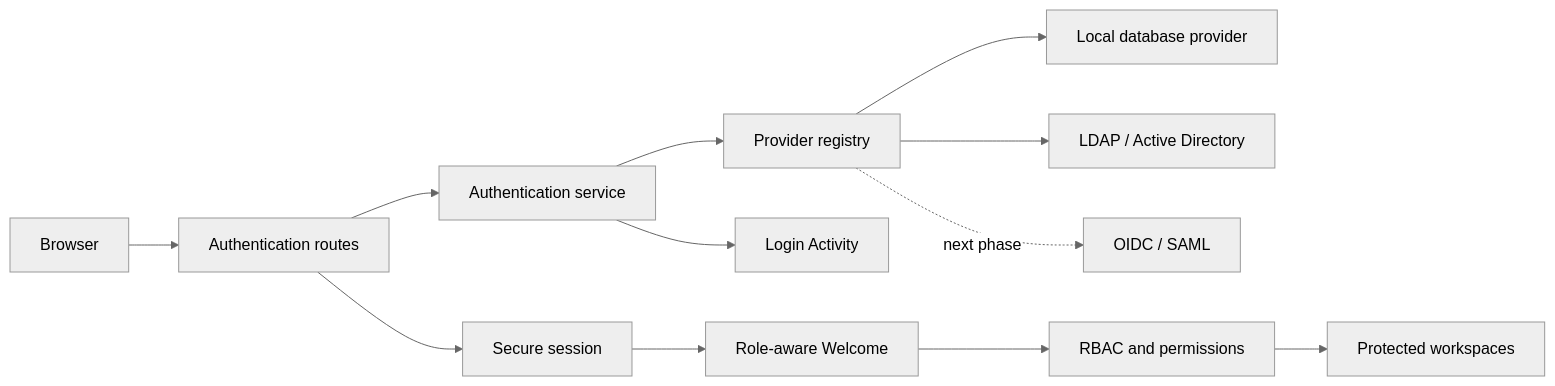
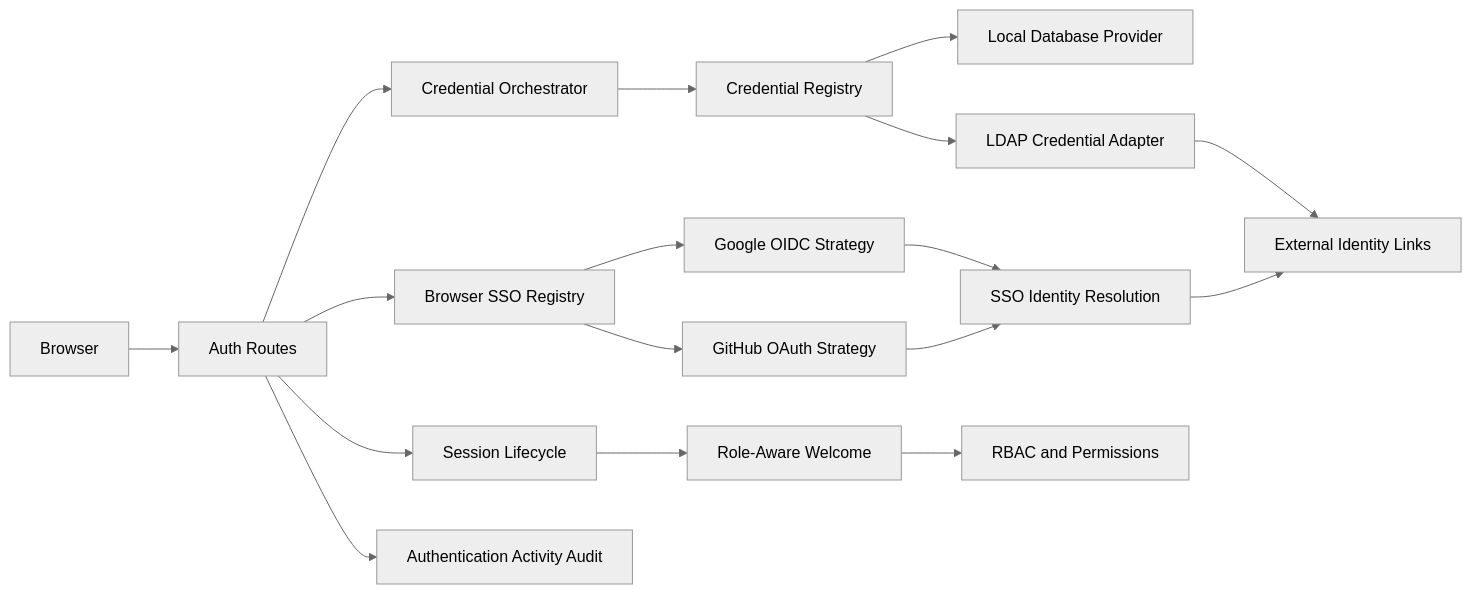
Before and after one commit to OXY7O/KAORI: the diagram in docs/authentication/AUTHENTICATION_ARCHITECTURE.md, drawn with Mermaid (neutral theme). The commit also changed other lines of this file and 49 other files, not shown here.

Commit message:
refactor(auth): establish maintainable provider foundation

````diff
--- a/docs/authentication/AUTHENTICATION_ARCHITECTURE.md
+++ b/docs/authentication/AUTHENTICATION_ARCHITECTURE.md
@@ -9,14 +14,21 @@
 ```mermaid
 flowchart LR
-    Browser --> AuthRoutes[Authentication routes]
-    AuthRoutes --> AuthService[Authentication service]
-    AuthService --> Registry[Provider registry]
-    Registry --> LocalDB[Local database provider]
-    Registry --> LDAP[LDAP / Active Directory]
-    Registry -. next phase .-> SSO[OIDC / SAML]
-    AuthService --> LoginAudit[Login Activity]
-    AuthRoutes --> Session[Secure session]
-    Session --> Welcome[Role-aware Welcome]
-    Welcome --> RBAC[RBAC and permissions]
-    RBAC --> Workspaces[Protected workspaces]
+    Browser --> Routes[Auth Routes]
+    Routes --> CredentialService[Credential Orchestrator]
+    CredentialService --> CredentialRegistry[Credential Registry]
+    CredentialRegistry --> Database[Local Database Provider]
+    CredentialRegistry --> LDAP[LDAP Credential Adapter]
+
+    Routes --> BrowserRegistry[Browser SSO Registry]
+    BrowserRegistry --> Google[Google OIDC Strategy]
+    BrowserRegistry --> GitHub[GitHub OAuth Strategy]
+    Google --> IdentityResolution[SSO Identity Resolution]
+    GitHub --> IdentityResolution
+
+    LDAP --> IdentityLinks[External Identity Links]
+    IdentityResolution --> IdentityLinks
+    Routes --> Session[Session Lifecycle]
+    Routes --> Audit[Authentication Activity Audit]
+    Session --> Welcome[Role-Aware Welcome]
+    Welcome --> RBAC[RBAC and Permissions]
 ```
````
